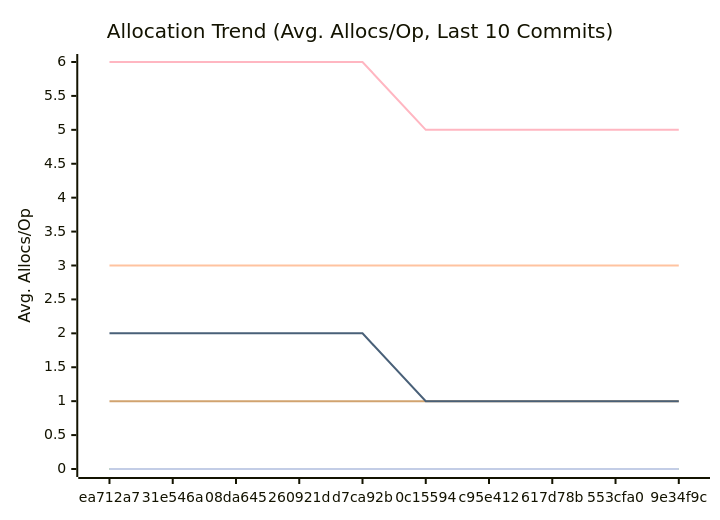
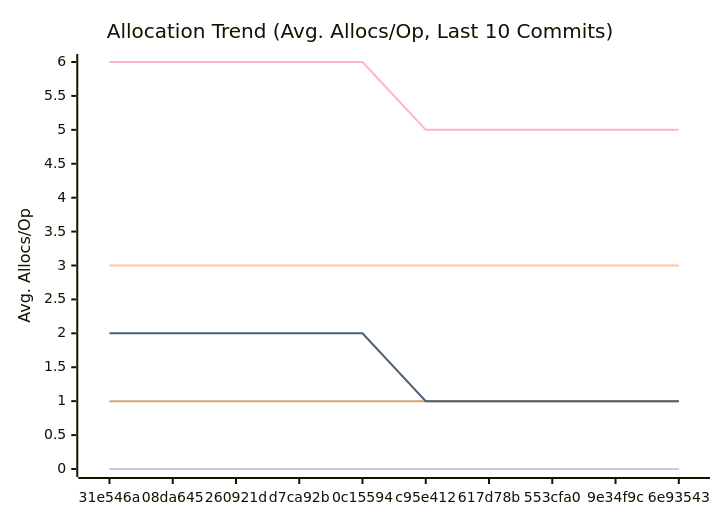
Before and after one commit to alsotoes/momo: the third of 3 diagrams in docs/PERFORMANCE.md, drawn with Mermaid. The commit also changed other lines of this file and 34 other files, not shown here.

````diff
--- a/docs/PERFORMANCE.md
+++ b/docs/PERFORMANCE.md
@@ -114,16 +114,16 @@
 ```mermaid
 xychart-beta
     title "Allocation Trend (Avg. Allocs/Op, Last 10 Commits)"
     x-axis "Commit"
     y-axis "Avg. Allocs/Op"
-    x-axis [ea712a7,31e546a,08da645,260921d,d7ca92b,0c15594,c95e412,617d78b,553cfa0,9e34f9c]
+    x-axis [31e546a,08da645,260921d,d7ca92b,0c15594,c95e412,617d78b,553cfa0,9e34f9c,6e93543]
     line "CheckMetricsAndSwap" [0,0,0,0,0,0,0,0,0,0]
     line "CrushOptimized" [0,0,0,0,0,0,0,0,0,0]
     line "CrushOriginal" [3,3,3,3,3,3,3,3,3,3]
     line "IndexDirectTracking" [0,0,0,0,0,0,0,0,0,0]
     line "IndexSearch" [0,0,0,0,0,0,0,0,0,0]
     line "LoadGlobalConfig" [1,1,1,1,1,1,1,1,1,1]
     line "PadString" [0,0,0,0,0,0,0,0,0,0]
     line "ParseReplicationOrder_NoPrealloc" [6,6,6,6,6,5,5,5,5,5]
     line "ParseReplicationOrder_Prealloc" [2,2,2,2,2,1,1,1,1,1]
 ```
````
